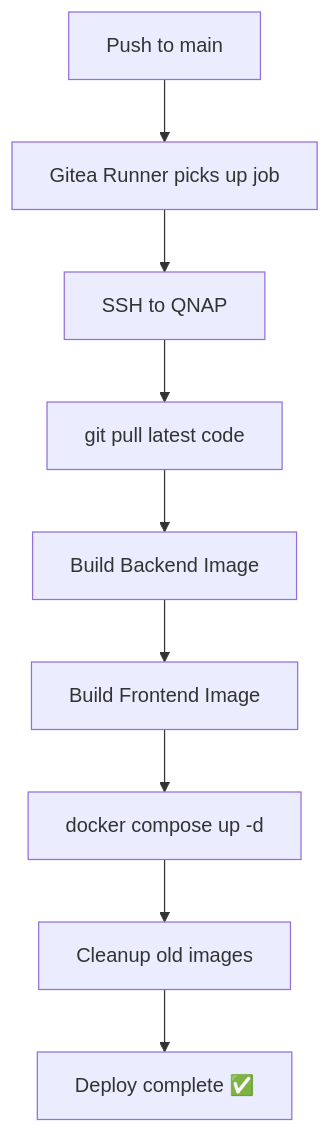
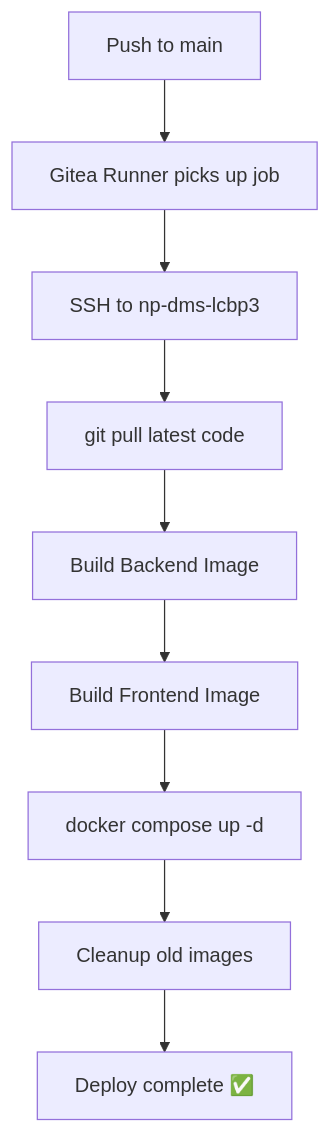
The diagram in specs/04-Infrastructure-OPS/04-04-deployment-guide.md (peancharoen/lcbp3), drawn with Mermaid before and after one commit. The commit also changed other lines of this file and 3 other files, not shown here.

````diff
--- a/specs/04-Infrastructure-OPS/04-04-deployment-guide.md
+++ b/specs/04-Infrastructure-OPS/04-04-deployment-guide.md
@@ -991,11 +1115,11 @@
 ```mermaid
 graph TD
     A[Push to main] --> B[Gitea Runner picks up job]
-    B --> C[SSH to QNAP]
+    B --> C[SSH to np-dms-lcbp3]
     C --> D[git pull latest code]
     D --> E[Build Backend Image]
     E --> F[Build Frontend Image]
     F --> G[docker compose up -d]
     G --> H[Cleanup old images]
     H --> I[Deploy complete ✅]
 ```
````
